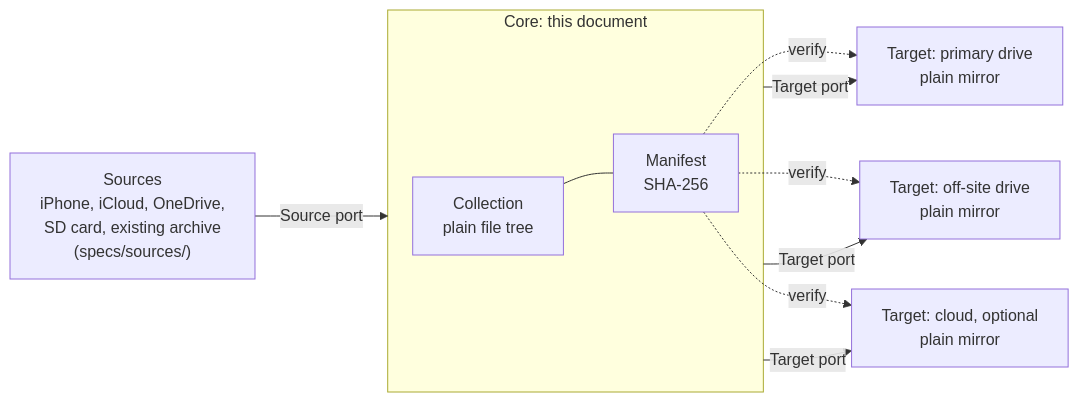
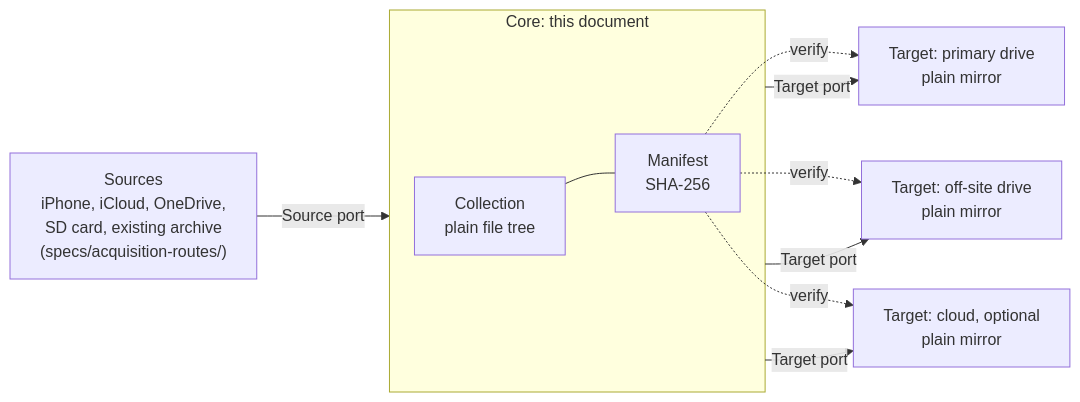
Before and after one commit to NikoAri/turbo-collection: the diagram in specs/turbo-collection-spec.md, drawn with Mermaid. The commit also changed other lines of this file and 17 other files, not shown here.

First line of the commit message:
feat(docs): Add decisions on acquisition routes, artifact naming, future reader considerations, manifest format, and receipts

````diff
--- a/specs/turbo-collection-spec.md
+++ b/specs/turbo-collection-spec.md
@@ -61,23 +61,23 @@
 ```mermaid
 flowchart LR
-    IN["Sources<br/>iPhone, iCloud, OneDrive,<br/>SD card, existing archive<br/>(specs/sources/)"]
+    IN["Sources<br/>iPhone, iCloud, OneDrive,<br/>SD card, existing archive<br/>(specs/acquisition-routes/)"]
 
     subgraph CORE["Core: this document"]
         COL["Collection<br/>plain file tree"]
         MAN["Manifest<br/>SHA-256"]
         COL --- MAN
     end
 
     T1["Target: primary drive<br/>plain mirror"]
     T2["Target: off-site drive<br/>plain mirror"]
     T3["Target: cloud, optional<br/>plain mirror"]
 
     IN -->|Source port| CORE
     CORE -->|Target port| T1
     CORE -->|Target port| T2
     CORE -->|Target port| T3
 
     MAN -.->|verify| T1
     MAN -.->|verify| T2
     MAN -.->|verify| T3
 ```
````
